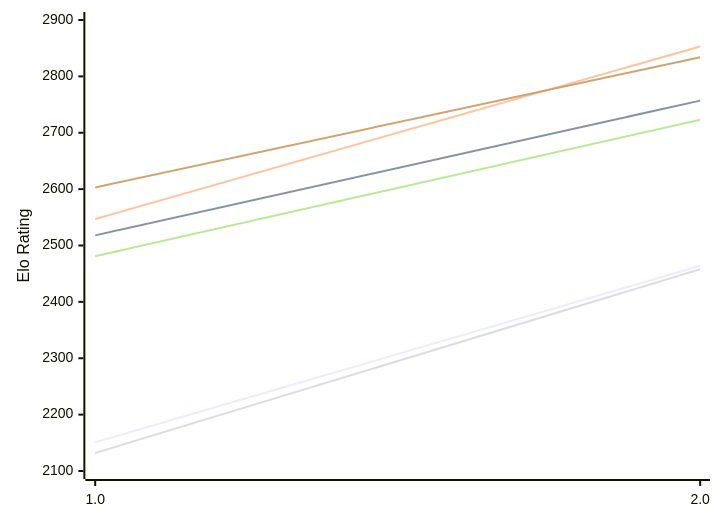
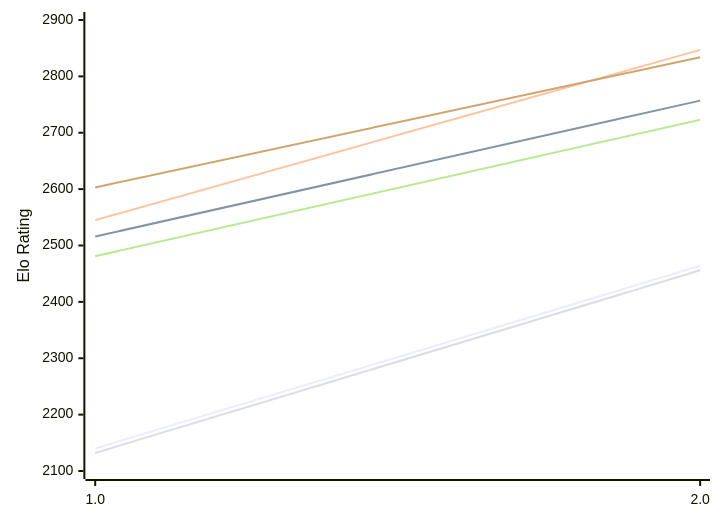
One commit to computer-chess-index/cci changed the first of 2 diagrams in engines/Revolver.md. Above: the diagram before and after it, drawn with Mermaid. The commit also changed other lines of this file, not shown here.

Commit message:
Update CCI Ratings (ELO VLTC) - 2026-11-26

````diff
--- a/engines/Revolver.md
+++ b/engines/Revolver.md
@@ -50,12 +50,12 @@
 ```mermaid
 %%{init: {"theme":"base","themeVariables":{"seriesColors:['#a3a3a3','#222221','#faa371']}}}%%
 xychart-beta
   x-axis ["1.0", "2.0"]
   y-axis "Elo Rating" 2100 --> 2900
-  line "E1: STC (8.0+0.08s)" [2151, 2464]
-  line "E1: LTC (60.0+0.60s)" [2518, 2757]
-  line "E1: VLTC (2m24s+1.12s)" [2547, 2853]
-  line "P1: STC (8.0+0.08s)" [2132, 2458]
+  line "E1: STC (8.0+0.08s)" [2140, 2464]
+  line "E1: LTC (60.0+0.60s)" [2516, 2757]
+  line "E1: VLTC (2m24s+1.12s)" [2545, 2847]
+  line "P1: STC (8.0+0.08s)" [2132, 2456]
   line "P1: LTC (60.0+0.60s)" [2481, 2723]
   line "P1: VLTC (2m24s+1.12s)" [2603, 2834]
 ```
````
